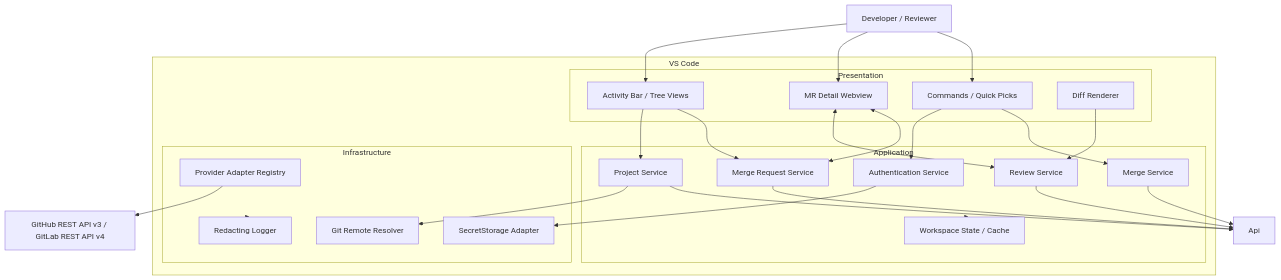
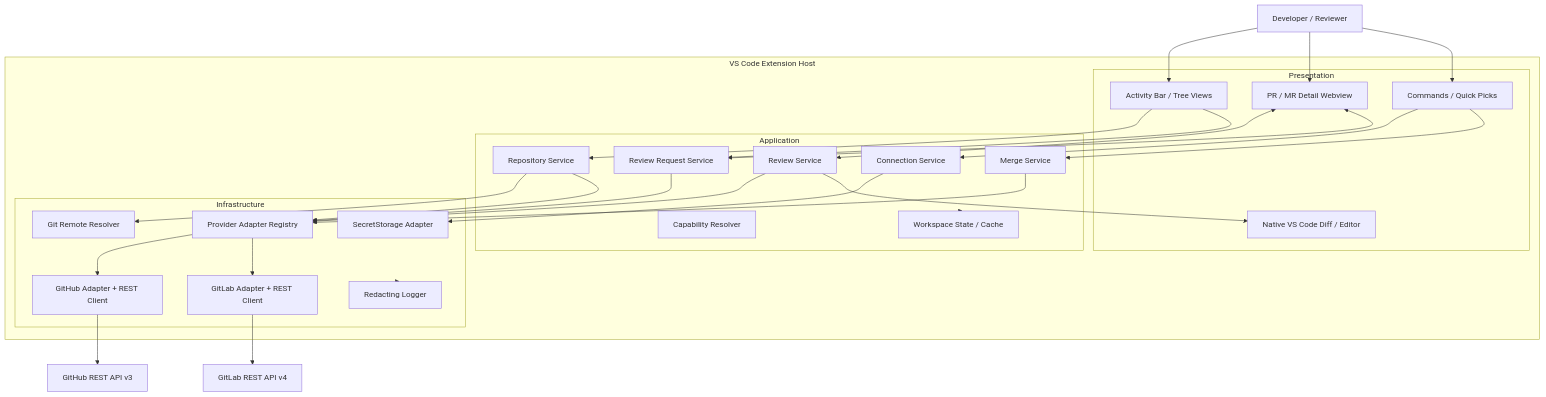
One commit to minh-lb/vscode-reviewdock changed the first of 5 diagrams in docs/SDS.md. Above: the diagram before and after it, drawn with Mermaid. The commit also changed other lines of this file, not shown here.

Commit message:
docs: make SDS provider-neutral and preserve review semantics

```diff
--- a/docs/SDS.md
+++ b/docs/SDS.md
@@ -39,46 +39,53 @@
 ~~~mermaid
 flowchart TB
   User[Developer / Reviewer]
-  subgraph VSCode[VS Code]
-    subgraph UI[Presentation]
+  subgraph VSCode[VS Code Extension Host]
+    subgraph Presentation[Presentation]
       Tree[Activity Bar / Tree Views]
-      Panel[MR Detail Webview]
+      Panel[PR / MR Detail Webview]
       Commands[Commands / Quick Picks]
-      Diff[Diff Renderer]
+      Editor[Native VS Code Diff / Editor]
     end
-    subgraph App[Application]
-      AuthSvc[Authentication Service]
-      ProjectSvc[Project Service]
-      MrSvc[Merge Request Service]
-      ReviewSvc[Review Service]
-      MergeSvc[Merge Service]
+    subgraph Application[Application]
+      Connection[Connection Service]
+      Repository[Repository Service]
+      ReviewRequest[Review Request Service]
+      Review[Review Service]
+      Merge[Merge Service]
+      Capability[Capability Resolver]
       State[Workspace State / Cache]
     end
-    subgraph Infra[Infrastructure]
-      Providers[Provider Adapter Registry]
+    subgraph Infrastructure[Infrastructure]
+      Registry[Provider Adapter Registry]
+      GitHub[GitHub Adapter + REST Client]
+      GitLab[GitLab Adapter + REST Client]
       Secret[SecretStorage Adapter]
       Git[Git Remote Resolver]
       Logger[Redacting Logger]
     end
   end
-  ProviderAPI[GitHub REST API v3 / GitLab REST API v4]
+  GitHubAPI[GitHub REST API v3]
+  GitLabAPI[GitLab REST API v4]
   User --> Tree
   User --> Panel
   User --> Commands
-  Tree --> ProjectSvc
-  Tree --> MrSvc
-  Panel <--> ReviewSvc
-  Panel <--> MrSvc
-  Diff --> ReviewSvc
-  Commands --> AuthSvc
-  Commands --> MergeSvc
-  AuthSvc --> Secret
-  ProjectSvc --> Git
-  ProjectSvc --> Api
-  MrSvc --> Api
-  ReviewSvc --> Api
-  MergeSvc --> Api
-  App --> State
-  Providers --> ProviderAPI
-  Infra --> Logger
+  Tree --> Repository
+  Tree --> ReviewRequest
+  Panel <--> Review
+  Panel <--> ReviewRequest
+  Commands --> Connection
+  Commands --> Merge
+  Connection --> Secret
+  Repository --> Git
+  Repository --> Registry
+  ReviewRequest --> Registry
+  Review --> Registry
+  Merge --> Registry
+  Registry --> GitHub
+  Registry --> GitLab
+  GitHub --> GitHubAPI
+  GitLab --> GitLabAPI
+  Application --> State
+  Infrastructure --> Logger
+  Review --> Editor
 ~~~
```
